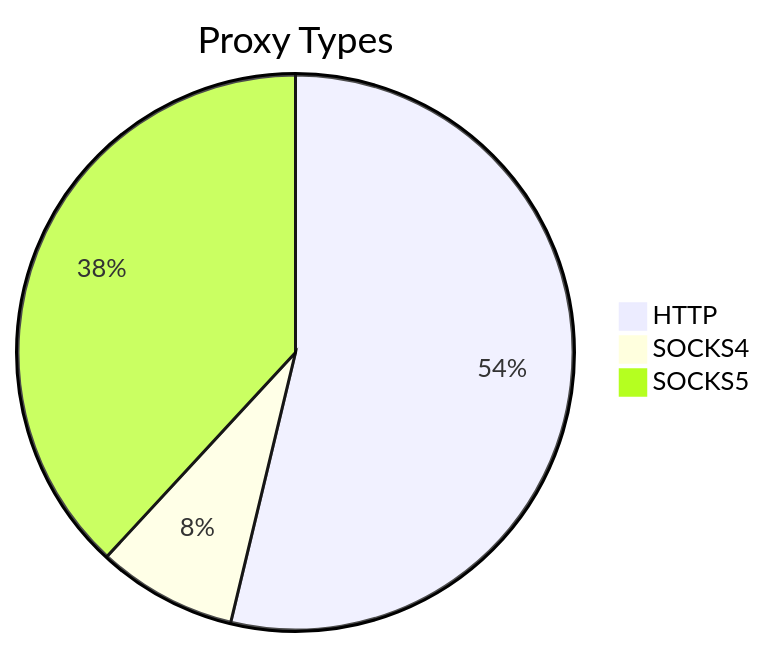
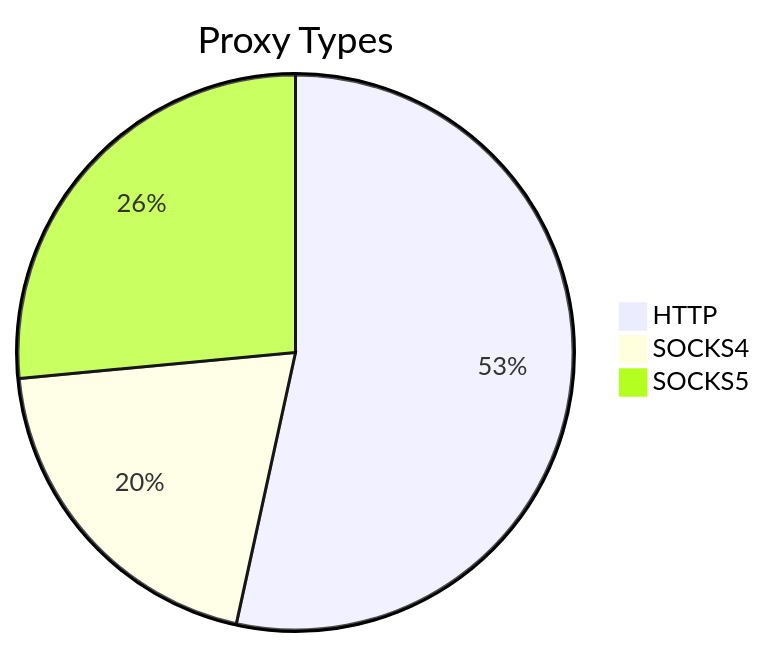
The first of 2 diagrams in README.md (stormsia/proxy-list), drawn with Mermaid before and after one commit. The commit also changed other lines of this file, not shown here.

````diff
--- a/README.md
+++ b/README.md
@@ -21,6 +21,6 @@
 ```mermaid
 pie title Proxy Types
-    "HTTP" : 86
-    "SOCKS4" : 13
-    "SOCKS5" : 61
+    "HTTP" : 125
+    "SOCKS4" : 47
+    "SOCKS5" : 62
 ```
````
